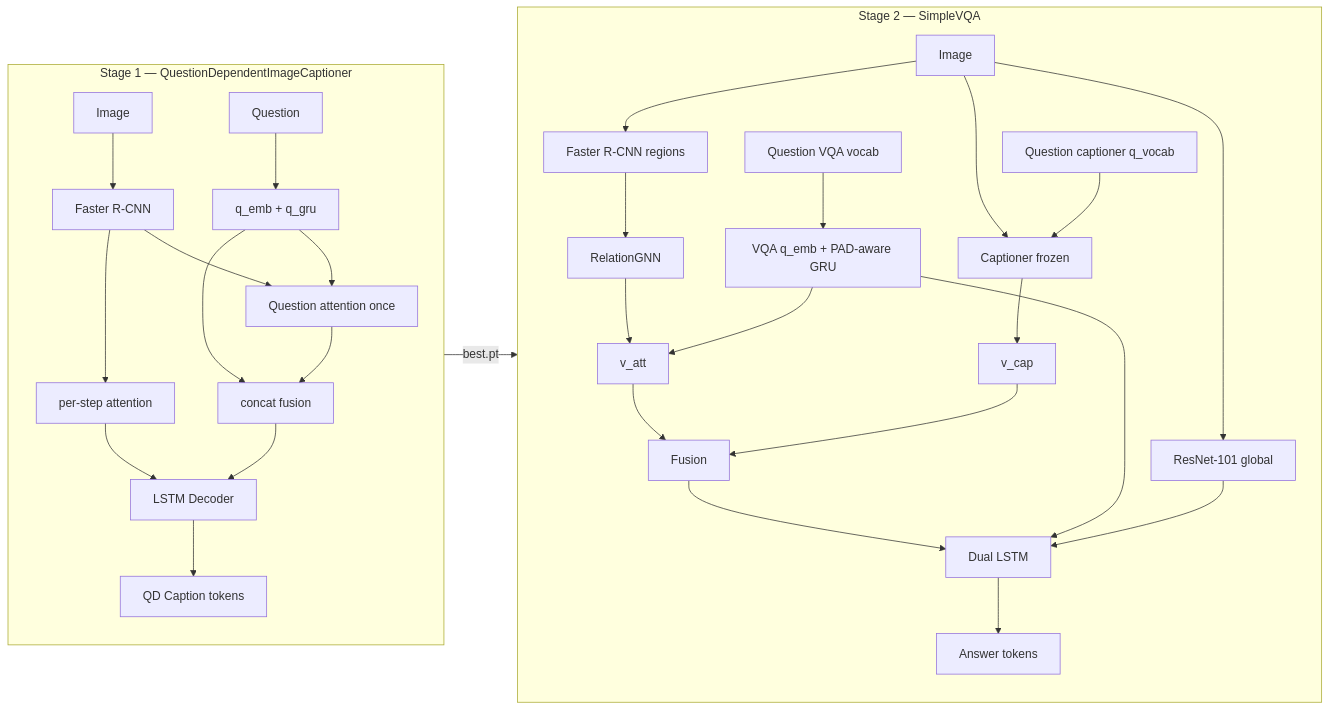
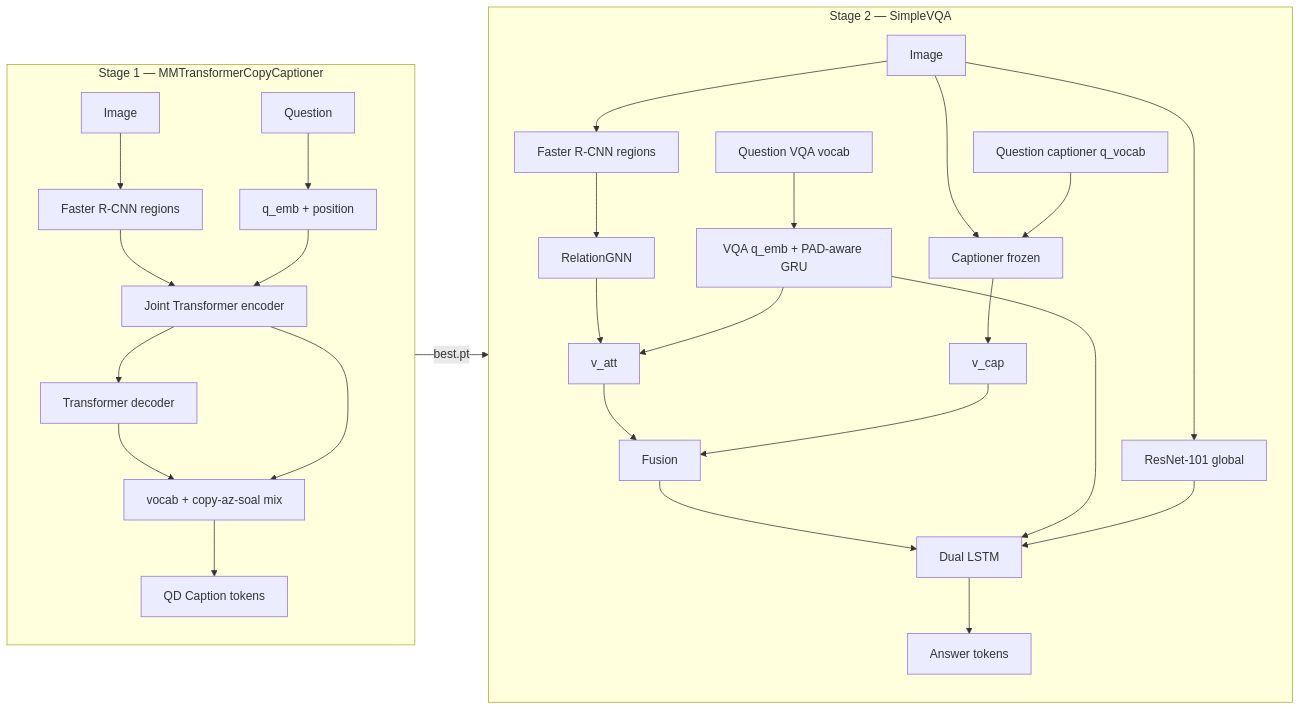
Before and after one commit to MahdiRuzmeh/ImageCaptioningImprovedVisualQuestionAnswering: the first of 3 diagrams in architecture/ARCHITECTURE.fa.md, drawn with Mermaid. The commit also changed other lines of this file and 5 other files, not shown here.

Commit message:
docs: Document MMTransformerCopyCaptioner as the v2 Stage-1 architecture.

````diff
--- a/architecture/ARCHITECTURE.fa.md
+++ b/architecture/ARCHITECTURE.fa.md
@@ -20,35 +20,33 @@
 ```mermaid
 flowchart LR
-    subgraph S1["Stage 1 — QuestionDependentImageCaptioner"]
-        I1[Image] --> RCNN1[Faster R-CNN]
-        Q1[Question] --> QGRU1[q_emb + q_gru]
-        RCNN1 --> QATT[Question attention once]
-        QGRU1 --> QATT
-        QATT --> FUSE1[concat fusion]
-        QGRU1 --> FUSE1
-        FUSE1 --> DEC[LSTM Decoder]
-        RCNN1 --> SATT[per-step attention]
-        SATT --> DEC
-        DEC --> CAP[QD Caption tokens]
+    subgraph S1["Stage 1 — MMTransformerCopyCaptioner"]
+        I1[Image] --> RCNN1[Faster R-CNN regions]
+        Q1[Question] --> QE1[q_emb + position]
+        RCNN1 --> ENC1[Joint Transformer encoder]
+        QE1 --> ENC1
+        ENC1 --> DEC[Transformer decoder]
+        DEC --> COPY[vocab + copy-az-soal mix]
+        ENC1 --> COPY
+        COPY --> CAP[QD Caption tokens]
     end
 
     subgraph S2["Stage 2 — SimpleVQA"]
         I2[Image] --> RES[ResNet-101 global]
         I2 --> RCNN2[Faster R-CNN regions]
         Q[Question VQA vocab] --> QGRU[VQA q_emb + PAD-aware GRU]
         RCNN2 --> GNN2[RelationGNN]
         GNN2 --> VATT[v_att]
         QGRU --> VATT
         I2 --> CAPM[Captioner frozen]
         QCAP[Question captioner q_vocab] --> CAPM
         CAPM --> VCAP[v_cap]
         VATT --> FUSE[Fusion]
         VCAP --> FUSE
         FUSE --> LSTM[Dual LSTM]
         QGRU --> LSTM
         RES --> LSTM
         LSTM --> ANS[Answer tokens]
     end
 
     S1 -->|best.pt| S2
 ```
````
